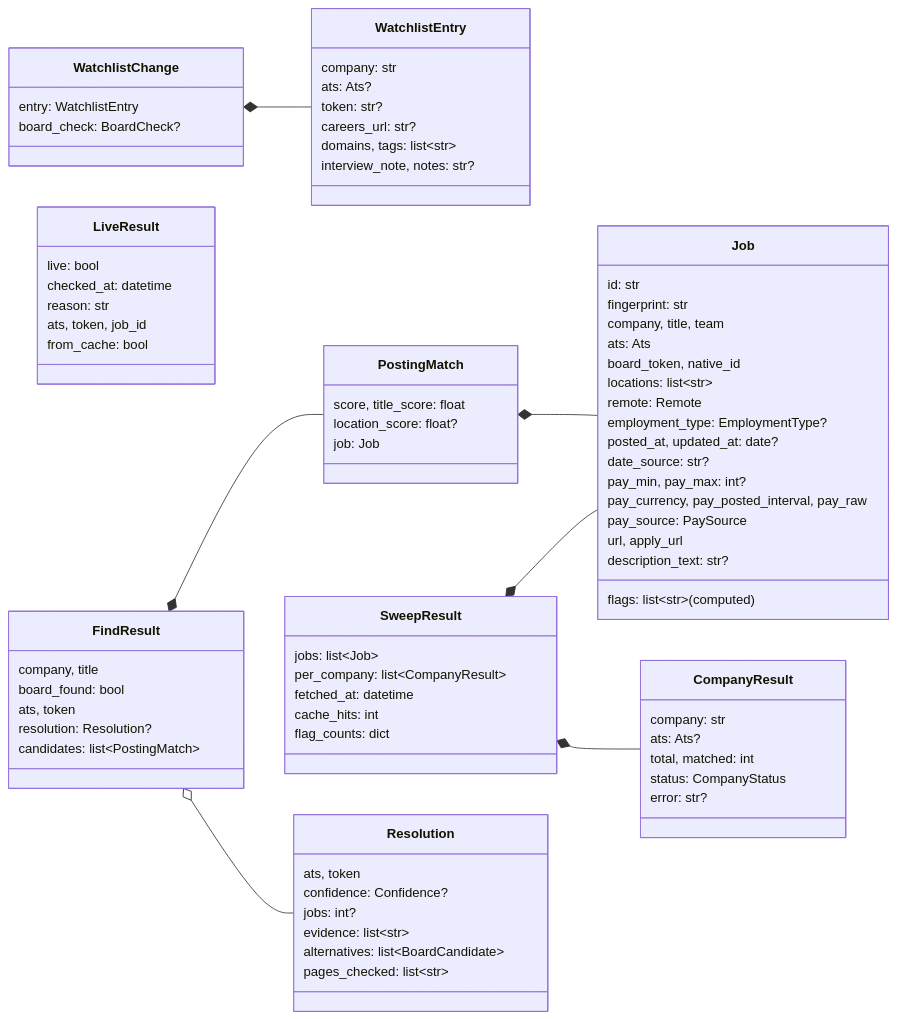
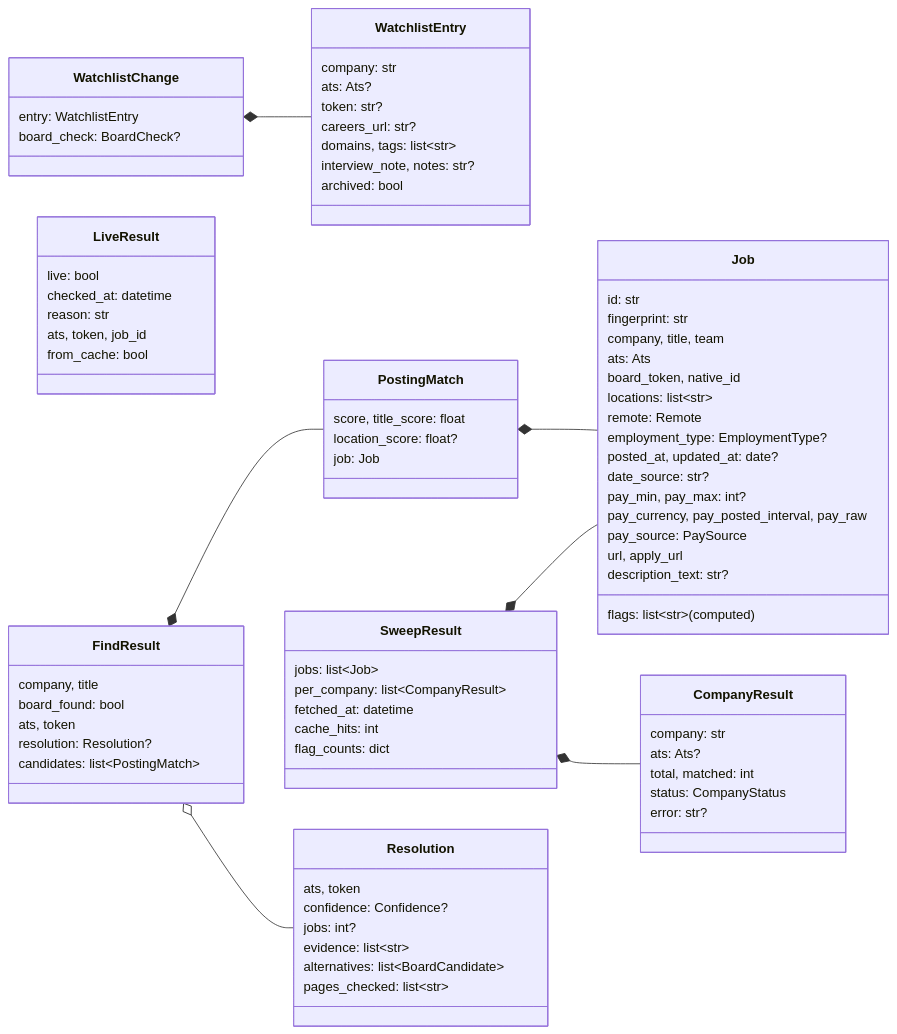
One commit to HakujouRyu/jobboard-mcp changed the sixth of 7 diagrams in docs/architecture.md. Above: the diagram before and after it, drawn with Mermaid. The commit also changed 10 other files, not shown here.

```diff
--- a/docs/architecture.md
+++ b/docs/architecture.md
@@ -286,6 +286,7 @@
         careers_url: str?
         domains, tags: list~str~
         interview_note, notes: str?
+        archived: bool
     }
     class SweepResult {
         jobs: list~Job~
```
